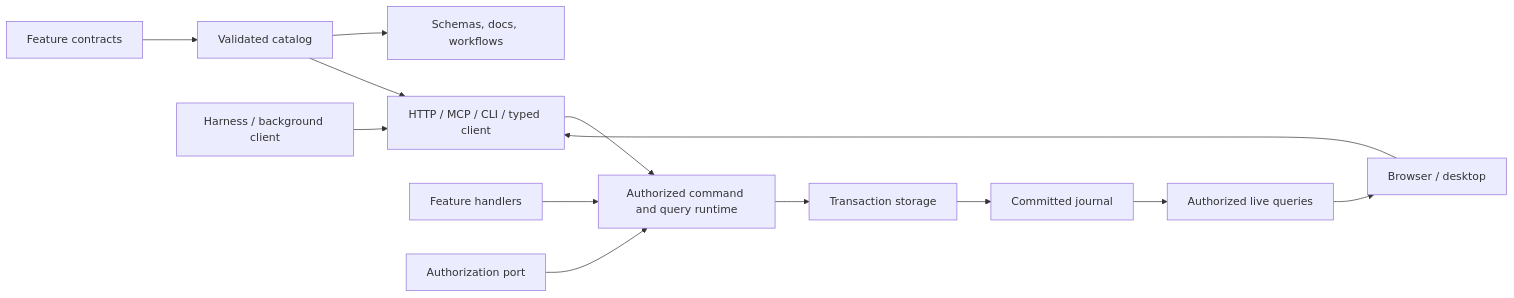
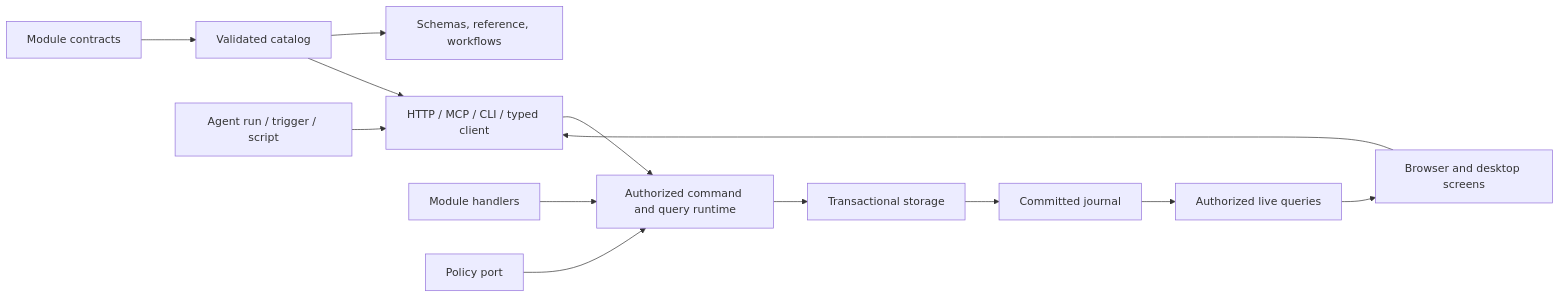
Before and after one commit to wisdomousai/tortoise: the diagram in docs/architecture.md, drawn with Mermaid. The commit also changed other lines of this file and 30 other files, not shown here.

````diff
--- a/docs/architecture.md
+++ b/docs/architecture.md
@@ -20,15 +58,15 @@
 ```mermaid
 flowchart LR
-  Feature[Feature contracts] --> Catalog[Validated catalog]
-  Catalog --> Generated[Schemas, docs, workflows]
-  Catalog --> Adapters[HTTP / MCP / CLI / typed client]
-  UI[Browser / desktop] --> Adapters
-  Agent[Harness / background client] --> Adapters
-  Adapters --> Runtime[Authorized command and query runtime]
-  Handlers[Feature handlers] --> Runtime
-  Policy[Authorization port] --> Runtime
-  Runtime --> Storage[Transaction storage]
+  Module[Module contracts] --> Catalog[Validated catalog]
+  Catalog --> Generated[Schemas, reference, workflows]
+  Catalog --> Surfaces[HTTP / MCP / CLI / typed client]
+  Screens[Browser and desktop screens] --> Surfaces
+  Caller[Agent run / trigger / script] --> Surfaces
+  Surfaces --> Runtime[Authorized command and query runtime]
+  Handlers[Module handlers] --> Runtime
+  Policy[Policy port] --> Runtime
+  Runtime --> Storage[Transactional storage]
   Storage --> Journal[Committed journal]
   Journal --> Live[Authorized live queries]
-  Live --> UI
+  Live --> Screens
 ```
````
